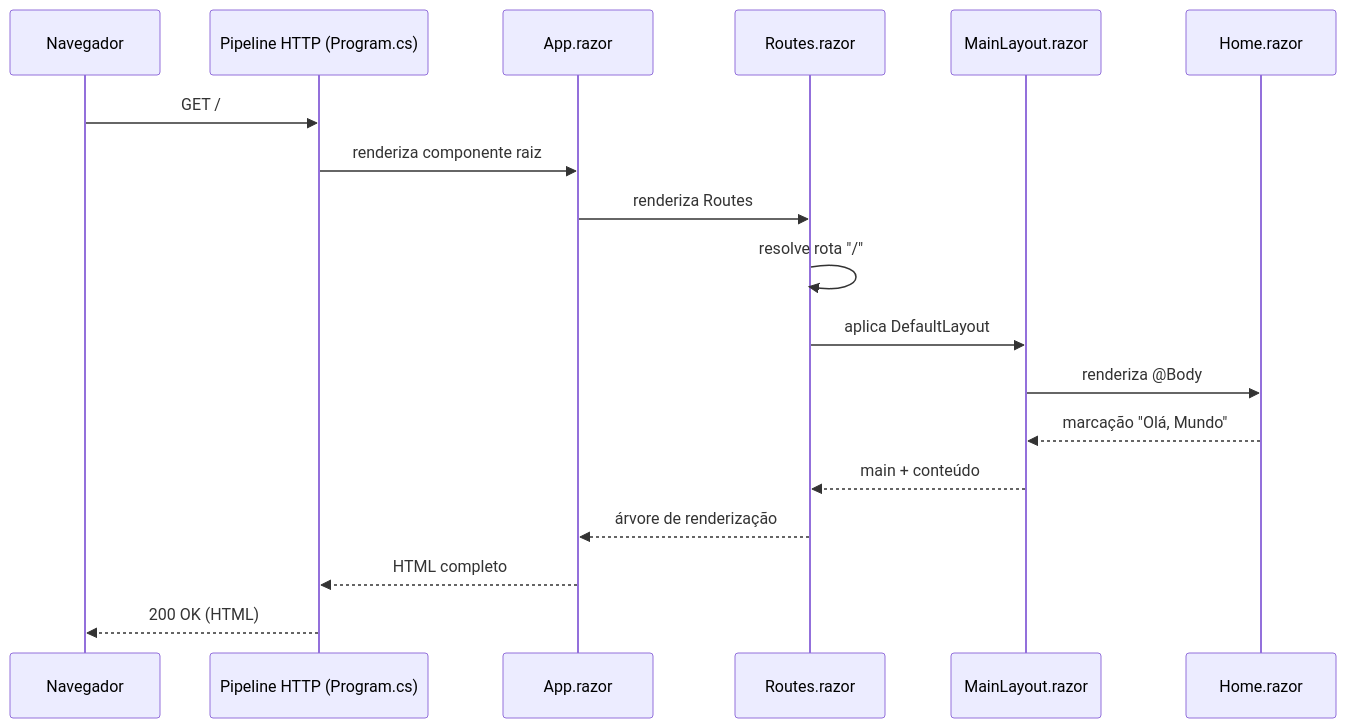
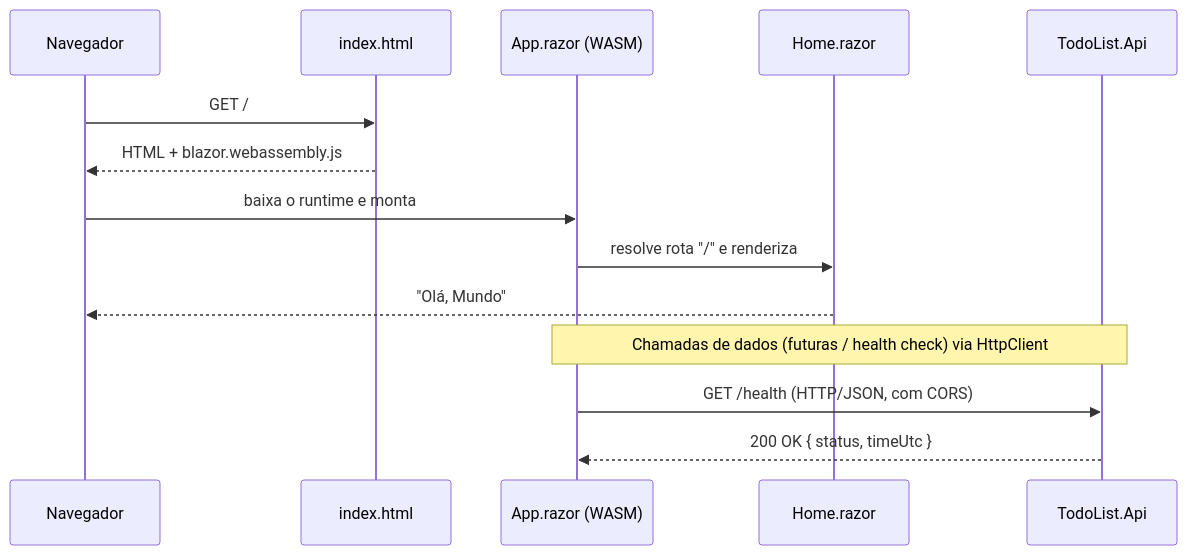
The fourth of 4 diagrams in docs/DIAGRAMS.md (mfigueireddo/todo-list), drawn with Mermaid before and after one commit. The commit also changed other lines of this file and 23 other files, not shown here.

````diff
--- a/docs/DIAGRAMS.md
+++ b/docs/DIAGRAMS.md
@@ -87,21 +108,17 @@
 ```mermaid
 sequenceDiagram
     participant Browser as Navegador
-    participant Pipeline as Pipeline HTTP (Program.cs)
-    participant App as App.razor
-    participant Routes as Routes.razor
-    participant Layout as MainLayout.razor
+    participant Index as index.html
+    participant WebApp as App.razor (WASM)
     participant Home as Home.razor
+    participant Api as TodoList.Api
 
-    Browser->>Pipeline: GET /
-    Pipeline->>App: renderiza componente raiz
-    App->>Routes: renderiza Routes
-    Routes->>Routes: resolve rota "/"
-    Routes->>Layout: aplica DefaultLayout
-    Layout->>Home: renderiza @Body
-    Home-->>Layout: marcação "Olá, Mundo"
-    Layout-->>Routes: main + conteúdo
-    Routes-->>App: árvore de renderização
-    App-->>Pipeline: HTML completo
-    Pipeline-->>Browser: 200 OK (HTML)
+    Browser->>Index: GET /
+    Index-->>Browser: HTML + blazor.webassembly.js
+    Browser->>WebApp: baixa o runtime e monta #app
+    WebApp->>Home: resolve rota "/" e renderiza
+    Home-->>Browser: "Olá, Mundo"
+    Note over WebApp,Api: Chamadas de dados (futuras / health check) via HttpClient
+    WebApp->>Api: GET /health (HTTP/JSON, com CORS)
+    Api-->>WebApp: 200 OK { status, timeUtc }
 ```
````
